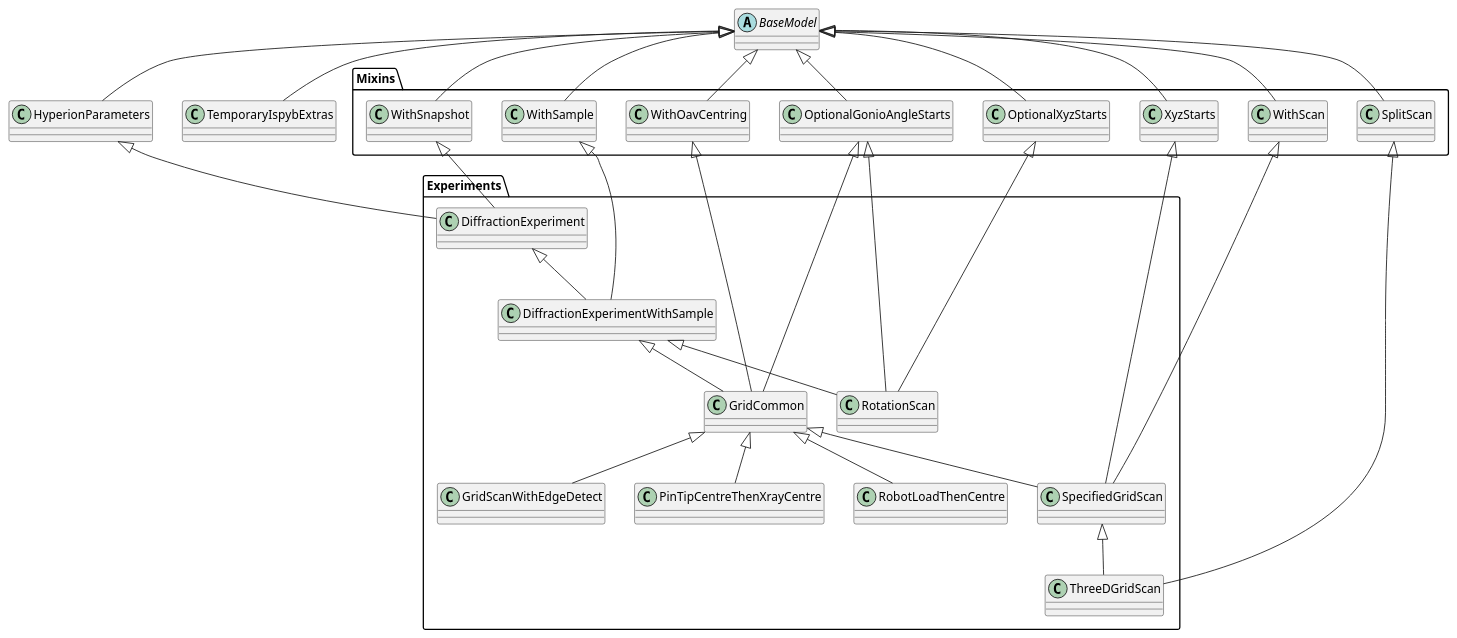
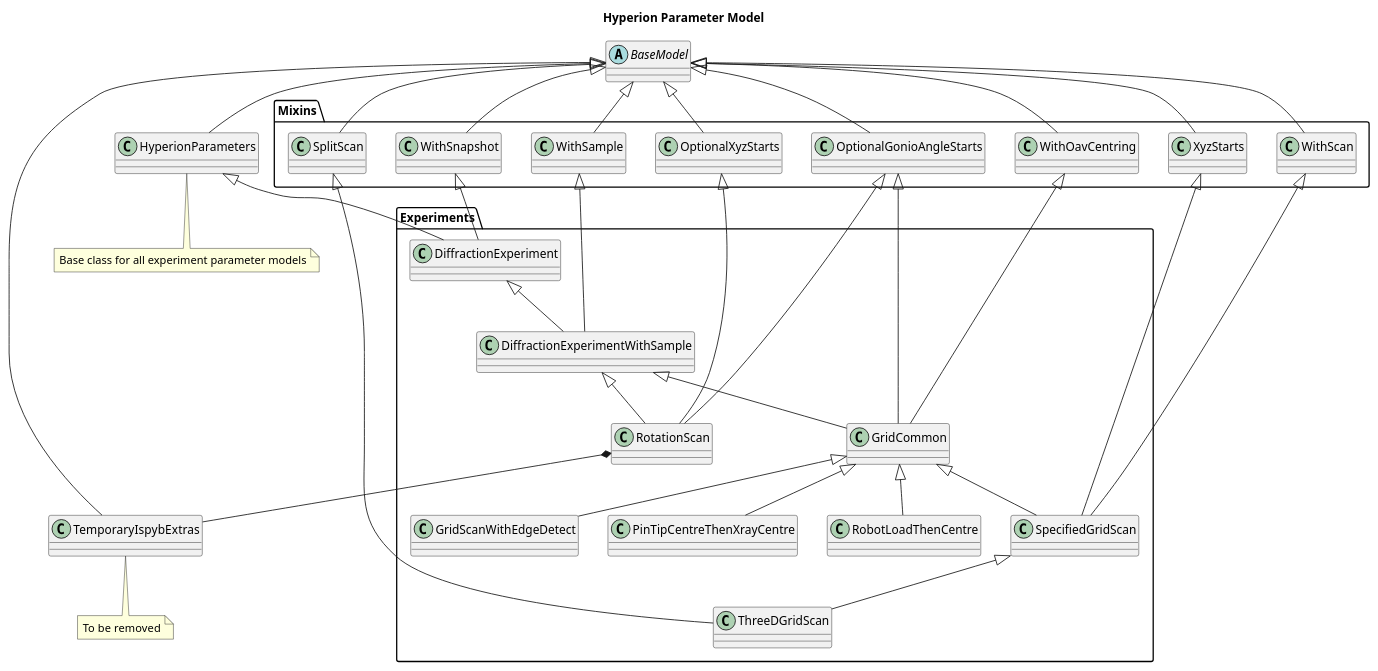
One commit to DiamondLightSource/hyperion changed the diagram in docs/param_hierarchy.puml. Above: the diagram before and after it, drawn with PlantUML. The commit also changed 3 other files, not shown here.

Commit message:
(#349) Tidy parameter model diagram and commit image

```diff
--- a/docs/param_hierarchy.puml
+++ b/docs/param_hierarchy.puml
@@ -1,61 +1,66 @@
 @startuml
 'https://plantuml.com/class-diagram
+title Hyperion Parameter Model
 
 abstract class BaseModel
 
 package Mixins {
     class WithSample
     class WithScan
     class WithOavCentring
     class WithSnapshot
     class OptionalXyzStarts
     class XyzStarts
     class OptionalGonioAngleStarts
     class SplitScan
 }
 
 class HyperionParameters
+note bottom: Base class for all experiment parameter models
+
 package Experiments {
     class DiffractionExperiment
     class DiffractionExperimentWithSample
     class GridCommon
     class GridScanWithEdgeDetect
     class PinTipCentreThenXrayCentre
     class RotationScan
     class RobotLoadThenCentre
     class SpecifiedGridScan
     class ThreeDGridScan
 }
 class TemporaryIspybExtras
+note bottom: To be removed
 
 
 BaseModel <|-- HyperionParameters
 BaseModel <|-- SplitScan
 BaseModel <|-- OptionalGonioAngleStarts
 BaseModel <|-- OptionalXyzStarts
 BaseModel <|-- TemporaryIspybExtras
 BaseModel <|-- WithOavCentring
 BaseModel <|-- WithSnapshot
 BaseModel <|-- WithSample
 BaseModel <|-- WithScan
 BaseModel <|-- XyzStarts
 
+RotationScan *-- TemporaryIspybExtras
 HyperionParameters <|-- DiffractionExperiment
 WithSnapshot <|-- DiffractionExperiment
 DiffractionExperiment <|-- DiffractionExperimentWithSample
 WithSample <|-- DiffractionExperimentWithSample
 DiffractionExperimentWithSample <|-- GridCommon
 GridCommon <|-- GridScanWithEdgeDetect
 GridCommon <|-- PinTipCentreThenXrayCentre
 GridCommon <|-- RobotLoadThenCentre
 GridCommon <|-- SpecifiedGridScan
 WithScan <|-- SpecifiedGridScan
 SpecifiedGridScan <|-- ThreeDGridScan
 SplitScan <|-- ThreeDGridScan
 WithOavCentring <|-- GridCommon
 DiffractionExperimentWithSample <|-- RotationScan
 OptionalXyzStarts <|-- RotationScan
 XyzStarts <|-- SpecifiedGridScan
 OptionalGonioAngleStarts <|-- GridCommon
 OptionalGonioAngleStarts <|-- RotationScan
 @enduml
```
